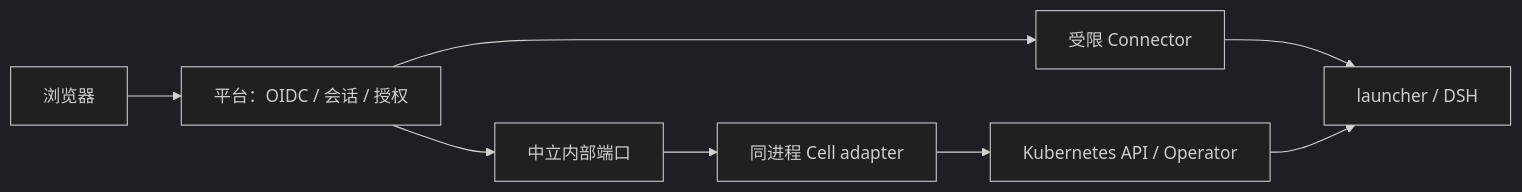
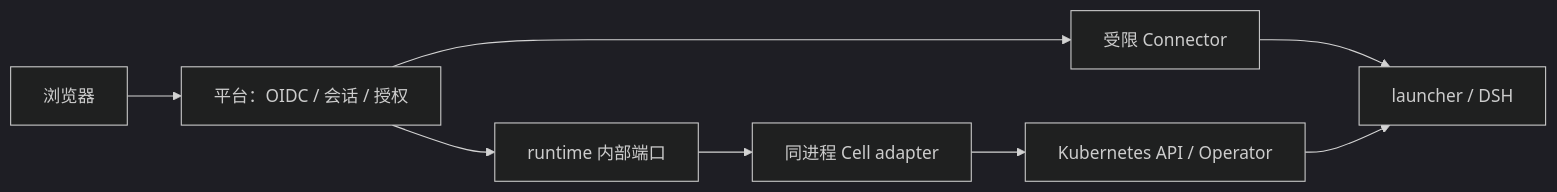
One commit to GuoMonth/dsh-multi-tenant changed the diagram in docs/design/s0-runtime-architecture.zh-CN.md. Above: the diagram before and after it, drawn with Mermaid (dark theme). The commit also changed other lines of this file and 13 other files, not shown here.

Commit message:
docs: define Kubernetes-only Agent Workspace architecture (#107)

````diff
--- a/docs/design/s0-runtime-architecture.zh-CN.md
+++ b/docs/design/s0-runtime-architecture.zh-CN.md
@@ -15,10 +17,10 @@
 ```mermaid
 flowchart LR
   U[浏览器] --> P[平台：OIDC / 会话 / 授权]
-  P --> I[中立内部端口]
+  P --> I[runtime 内部端口]
   I --> A[同进程 Cell adapter]
   A --> K[Kubernetes API / Operator]
   P --> C[受限 Connector]
   C --> D[launcher / DSH]
   K --> D
 ```
````
